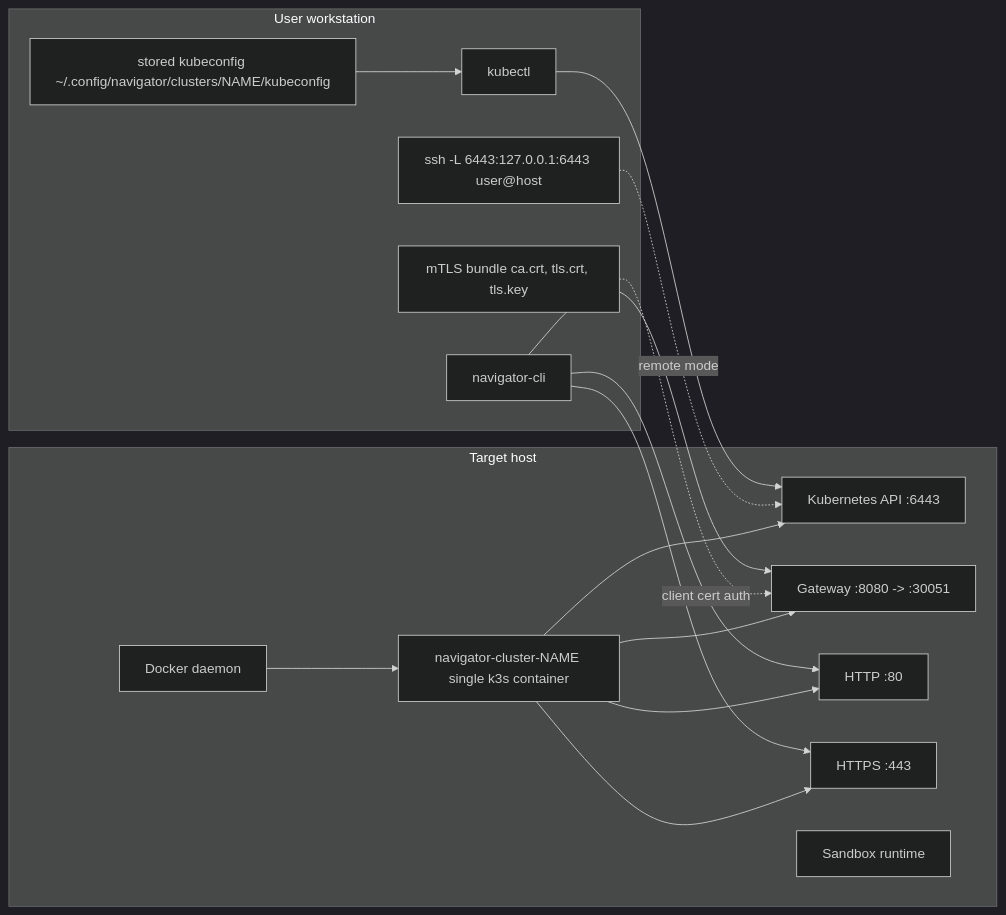
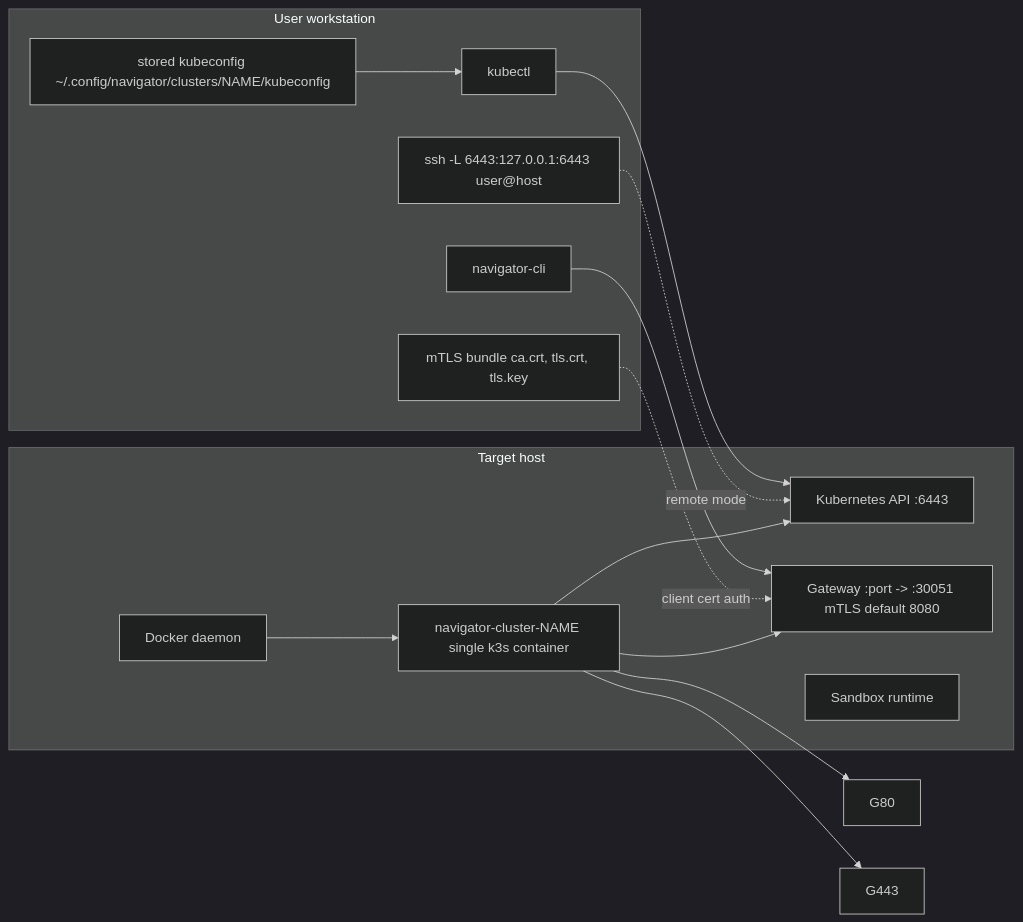
Before and after one commit to NVIDIA/OpenShell: the second of 3 diagrams in architecture/cluster-single-node.md, drawn with Mermaid (dark theme). The commit also changed other lines of this file and 58 other files, not shown here.

First line of the commit message:
feat(platform): cleanup api surface area and mtls flows (!39)

````diff
--- a/architecture/cluster-single-node.md
+++ b/architecture/cluster-single-node.md
@@ -98,35 +95,31 @@
 ```mermaid
 flowchart LR
   subgraph WS[User workstation]
     NAV[navigator-cli]
     KUBECTL[kubectl]
     KC[stored kubeconfig ~/.config/navigator/clusters/NAME/kubeconfig]
     MTLS[mTLS bundle ca.crt, tls.crt, tls.key]
     TUN[ssh -L 6443:127.0.0.1:6443 user@host]
   end
 
   subgraph HOST[Target host]
     DOCKER[Docker daemon]
     K3S[navigator-cluster-NAME single k3s container]
     KAPI[Kubernetes API :6443]
-    G8080[Gateway :8080 -> :30051]
-    G80[HTTP :80]
-    G443[HTTPS :443]
+    G8080[Gateway :port -> :30051 mTLS default 8080]
     SBX[Sandbox runtime]
   end
 
   KC --> KUBECTL
   KUBECTL --> KAPI
   TUN -. remote mode .-> KAPI
 
   NAV --> G8080
   MTLS -. client cert auth .-> G8080
-  NAV --> G80
-  NAV --> G443
 
   DOCKER --> K3S
   K3S --> KAPI
   K3S --> G8080
   K3S --> G80
   K3S --> G443
 ```
````
